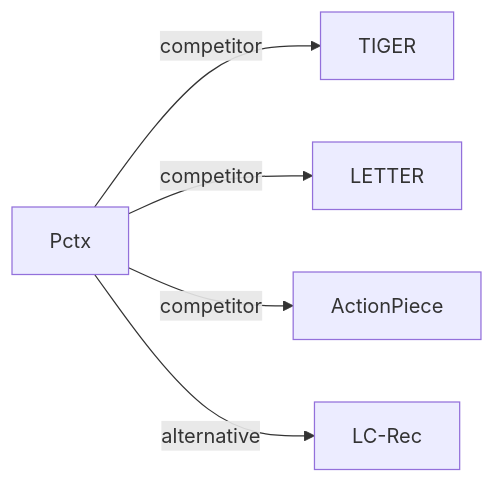
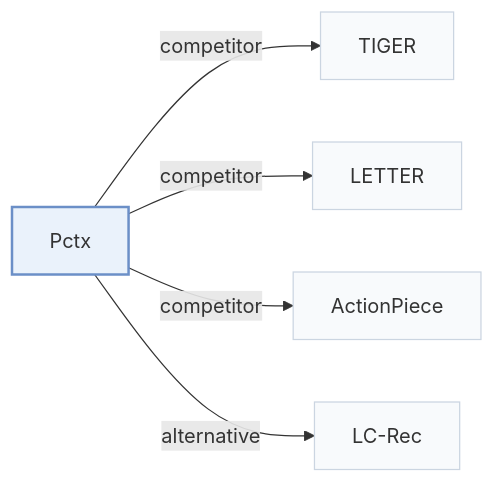
Before and after one commit to Galaxy-ghost/Awesome-SID-Generative-Rec: the second of 2 diagrams in pages/papers/pctx.md, drawn with Mermaid. The commit also changed other lines of this file and 649 other files, not shown here.

Commit message:
writer-05: also tags and modality index (schema, check, build, visuals); summary field removed; calibration data for 12 papers

````diff
--- a/pages/papers/pctx.md
+++ b/pages/papers/pctx.md
@@ -69,8 +74,12 @@
 ```mermaid
 flowchart LR
     P["Pctx"]
-    P -->|competitor| A["TIGER"]
-    P -->|competitor| B["LETTER"]
-    P -->|competitor| C["ActionPiece"]
-    P -->|alternative| D["LC-Rec"]
+    P -->|"competitor"| A["TIGER"]
+    P -->|"competitor"| B["LETTER"]
+    P -->|"competitor"| C["ActionPiece"]
+    P -->|"alternative"| D["LC-Rec"]
+    classDef main fill:#eaf2fb,stroke:#6b8fc7,stroke-width:2px
+    classDef peer fill:#f8fafc,stroke:#cbd5e1
+    class P main
+    class A,B,C,D peer
 ```
````
